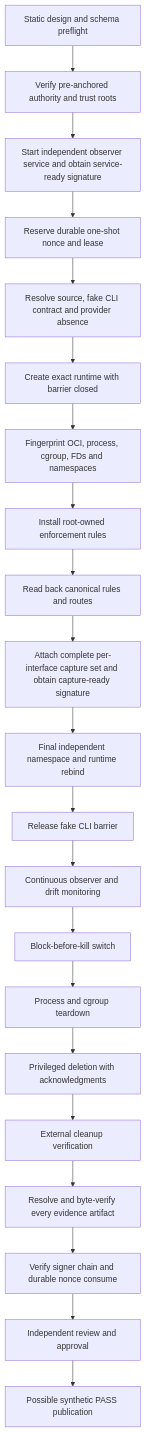
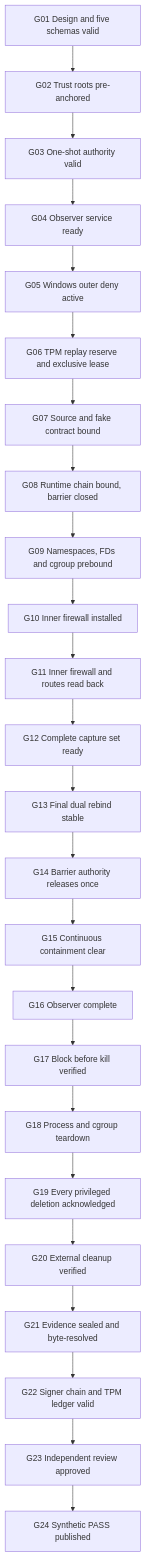
The diagram in docs/engineering-factory/AUTHORITY_V3_CONTROL_GRAPH_AND_MUTATIONS.md (olipoli10/afterdesk-), drawn with Mermaid before and after one commit. The commit also changed other lines of this file and 4 other files, not shown here.

Commit message:
docs(engineering-factory): revise authority v3 design r2

````diff
--- a/docs/engineering-factory/AUTHORITY_V3_CONTROL_GRAPH_AND_MUTATIONS.md
+++ b/docs/engineering-factory/AUTHORITY_V3_CONTROL_GRAPH_AND_MUTATIONS.md
@@ -13,23 +15,26 @@
-~~~mermaid
+```mermaid
 flowchart TD
-    A["Static design and schema preflight"] --> B["Verify pre-anchored authority and trust roots"]
-    B --> E["Start independent observer service and obtain service-ready signature"]
-    E --> C["Reserve durable one-shot nonce and lease"]
-    C --> D["Resolve source, fake CLI contract and provider absence"]
-    D --> F["Create exact runtime with barrier closed"]
-    F --> G["Fingerprint OCI, process, cgroup, FDs and namespaces"]
-    G --> H["Install root-owned enforcement rules"]
-    H --> I["Read back canonical rules and routes"]
-    I --> J["Attach complete per-interface capture set and obtain capture-ready signature"]
-    J --> U["Final independent namespace and runtime rebind"]
-    U --> K["Release fake CLI barrier"]
-    K --> L["Continuous observer and drift monitoring"]
-    L --> M["Block-before-kill switch"]
-    M --> N["Process and cgroup teardown"]
-    N --> O["Privileged deletion with acknowledgments"]
-    O --> P["External cleanup verification"]
-    P --> Q["Resolve and byte-verify every evidence artifact"]
-    Q --> R["Verify signer chain and durable nonce consume"]
-    R --> S["Independent review and approval"]
-    S --> T["Possible synthetic PASS publication"]
-~~~
+    G01["G01 Design and five schemas valid"] --> G02["G02 Trust roots pre-anchored"]
+    G02 --> G03["G03 One-shot authority valid"]
+    G03 --> G04["G04 Observer service ready"]
+    G04 --> G05["G05 Windows outer deny active"]
+    G05 --> G06["G06 TPM replay reserve and exclusive lease"]
+    G06 --> G07["G07 Source and fake contract bound"]
+    G07 --> G08["G08 Runtime chain bound, barrier closed"]
+    G08 --> G09["G09 Namespaces, FDs and cgroup prebound"]
+    G09 --> G10["G10 Inner firewall installed"]
+    G10 --> G11["G11 Inner firewall and routes read back"]
+    G11 --> G12["G12 Complete capture set ready"]
+    G12 --> G13["G13 Final dual rebind stable"]
+    G13 --> G14["G14 Barrier authority releases once"]
+    G14 --> G15["G15 Continuous containment clear"]
+    G15 --> G16["G16 Observer complete"]
+    G16 --> G17["G17 Block before kill verified"]
+    G17 --> G18["G18 Process and cgroup teardown"]
+    G18 --> G19["G19 Every privileged deletion acknowledged"]
+    G19 --> G20["G20 External cleanup verified"]
+    G20 --> G21["G21 Evidence sealed and byte-resolved"]
+    G21 --> G22["G22 Signer chain and TPM ledger valid"]
+    G22 --> G23["G23 Independent review approved"]
+    G23 --> G24["G24 Synthetic PASS published"]
+```
````
